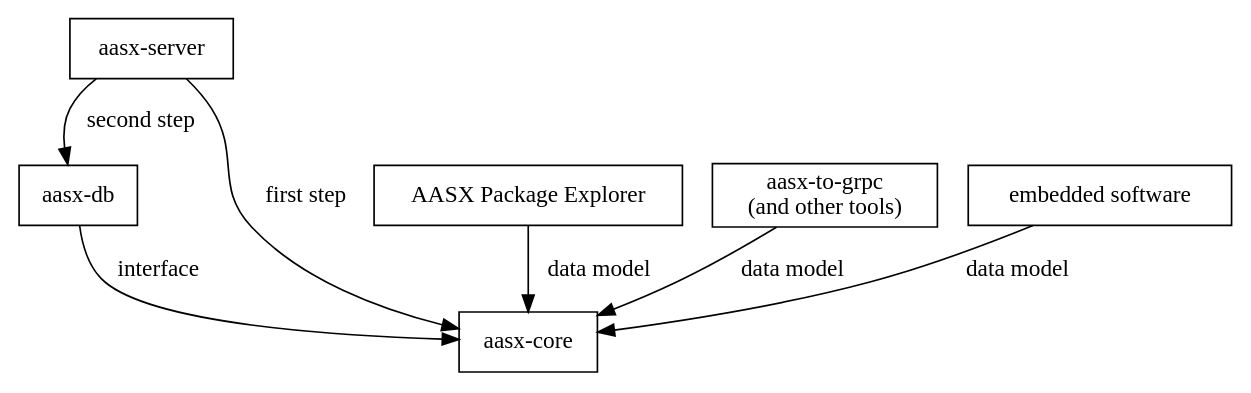
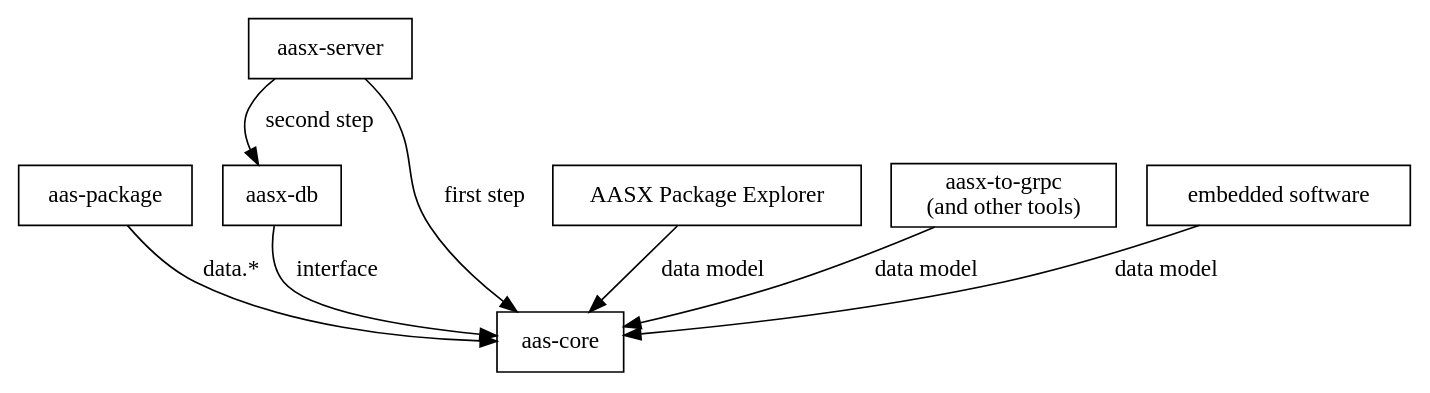
Before and after one commit to aas-core-works/design-docs: the diagram in docs/general-design-decisions/relation-to-other-projects.dot, drawn with Graphviz. The commit also changed 9 other files, not shown here.

First line of the commit message:
Rename `aasx-core` to `aas-core` (#3)

```diff
--- a/docs/general-design-decisions/relation-to-other-projects.dot
+++ b/docs/general-design-decisions/relation-to-other-projects.dot
@@ -1,15 +1,17 @@
 digraph G {
     aasx_db [label="aasx-db", shape=box]
+    aas_package [label="aas-package", shape=box]
     aasx_server [label="aasx-server", shape=box]
     aasx_package_explorer [label="AASX Package Explorer", shape=box]
-    aasx_core [label="aasx-core", shape=box]
+    aas_core [label="aas-core", shape=box]
     aasx_to_grpc [label="aasx-to-grpc\n(and other tools)", shape=box]
     embedded_software [label="embedded software", shape=box]
 
-    aasx_db -> aasx_core [label="interface"]
-    aasx_server -> aasx_core [label="first step"]
+    aasx_db -> aas_core [label="interface"]
+    aas_package -> aas_core [label="data.*"]
+    aasx_server -> aas_core [label="first step"]
     aasx_server -> aasx_db [label="second step"]
-    aasx_to_grpc -> aasx_core [label=" data model"]
-    aasx_package_explorer -> aasx_core [label=" data model"]
-    embedded_software -> aasx_core [label=" data model"]
+    aasx_to_grpc -> aas_core [label=" data model"]
+    aasx_package_explorer -> aas_core [label=" data model"]
+    embedded_software -> aas_core [label=" data model"]
 }
```
